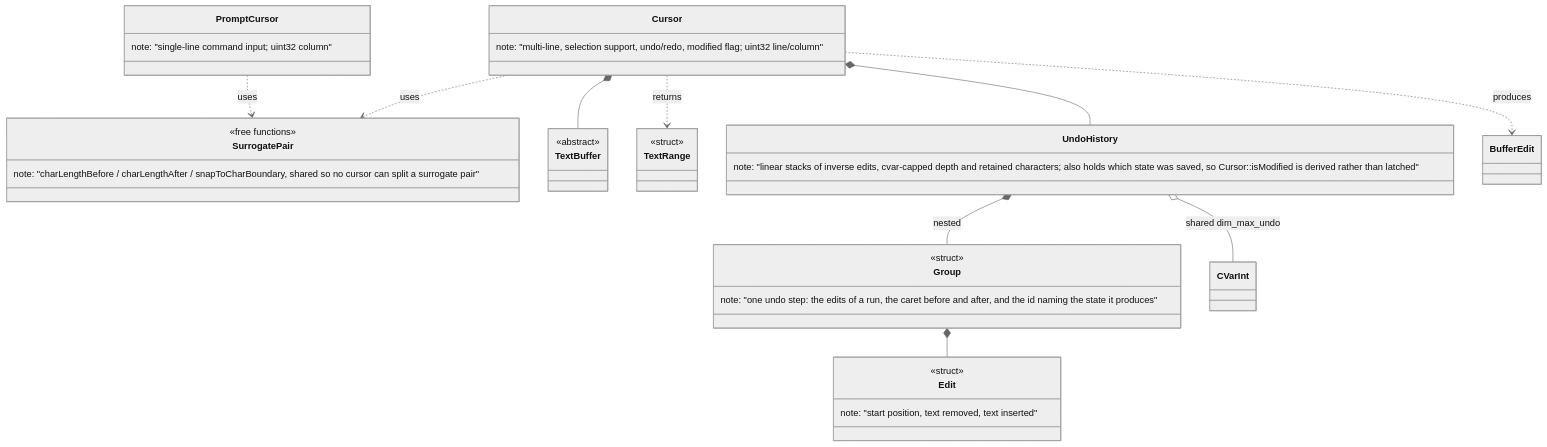
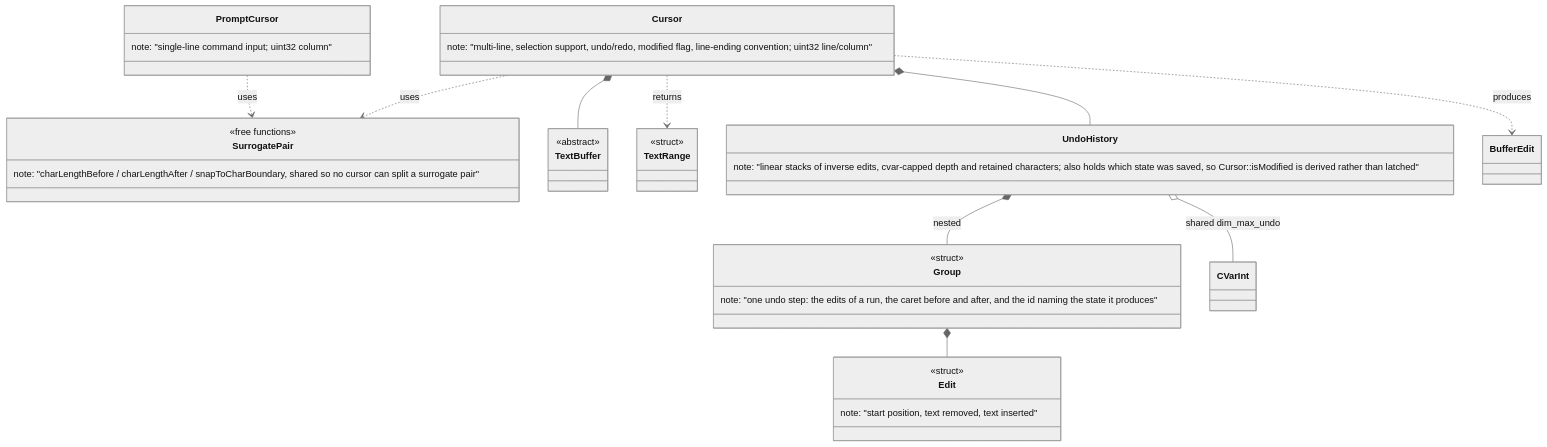
Before and after one commit to notnotme/bbloc: the fourth of 10 diagrams in docs/class_diagram.md, drawn with Mermaid (neutral theme). The commit also changed other lines of this file and 11 other files, not shown here.

````diff
--- a/docs/class_diagram.md
+++ b/docs/class_diagram.md
@@ -106,41 +106,41 @@
 ```mermaid
 classDiagram
     class Cursor {
-        note: "multi-line, selection support, undo/redo, modified flag; uint32 line/column"
+        note: "multi-line, selection support, undo/redo, modified flag, line-ending convention; uint32 line/column"
     }
     class PromptCursor {
         note: "single-line command input; uint32 column"
     }
     class SurrogatePair {
         <<free functions>>
         note: "charLengthBefore / charLengthAfter / snapToCharBoundary, shared so no cursor can split a surrogate pair"
     }
     class TextBuffer {
         <<abstract>>
     }
     class TextRange {
         <<struct>>
     }
     class UndoHistory {
         note: "linear stacks of inverse edits, cvar-capped depth and retained characters; also holds which state was saved, so Cursor::isModified is derived rather than latched"
     }
     class Group {
         <<struct>>
         note: "one undo step: the edits of a run, the caret before and after, and the id naming the state it produces"
     }
     class Edit {
         <<struct>>
         note: "start position, text removed, text inserted"
     }
     class CVarInt
 
     Cursor *-- TextBuffer
     Cursor *-- UndoHistory
     Cursor ..> SurrogatePair : uses
     PromptCursor ..> SurrogatePair : uses
     UndoHistory *-- Group : nested
     Group *-- Edit
     UndoHistory o-- CVarInt : shared dim_max_undo
     Cursor ..> TextRange : returns
     Cursor ..> BufferEdit : produces
 ```
````
